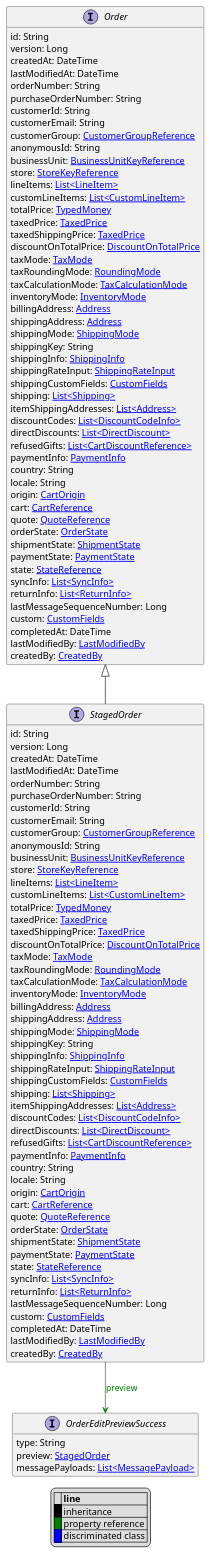
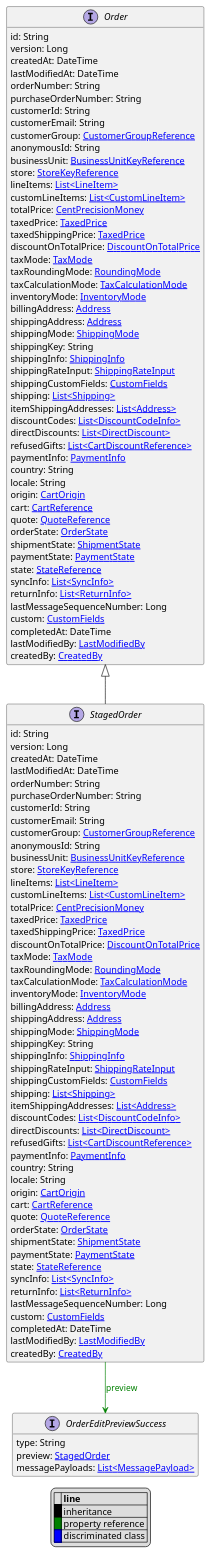
Before and after one commit to commercetools/commercetools-api-reference: the diagram in uml/api/StagedOrder.puml, drawn with PlantUML. The commit also changed 2009 other files, not shown here.

```diff
--- a/uml/api/StagedOrder.puml
+++ b/uml/api/StagedOrder.puml
@@ -1,126 +1,126 @@
 @startuml
 
 hide empty fields
 hide empty methods
 legend
 |= |= line |
 |<back:black>   </back>| inheritance |
 |<back:green>   </back>| property reference |
 |<back:blue>   </back>| discriminated class |
 endlegend
 interface StagedOrder [[StagedOrder.svg]] extends Order {
     id: String
     version: Long
     createdAt: DateTime
     lastModifiedAt: DateTime
     orderNumber: String
     purchaseOrderNumber: String
     customerId: String
     customerEmail: String
     customerGroup: [[CustomerGroupReference.svg CustomerGroupReference]]
     anonymousId: String
     businessUnit: [[BusinessUnitKeyReference.svg BusinessUnitKeyReference]]
     store: [[StoreKeyReference.svg StoreKeyReference]]
     lineItems: [[LineItem.svg List<LineItem>]]
     customLineItems: [[CustomLineItem.svg List<CustomLineItem>]]
-    totalPrice: [[TypedMoney.svg TypedMoney]]
+    totalPrice: [[CentPrecisionMoney.svg CentPrecisionMoney]]
     taxedPrice: [[TaxedPrice.svg TaxedPrice]]
     taxedShippingPrice: [[TaxedPrice.svg TaxedPrice]]
     discountOnTotalPrice: [[DiscountOnTotalPrice.svg DiscountOnTotalPrice]]
     taxMode: [[TaxMode.svg TaxMode]]
     taxRoundingMode: [[RoundingMode.svg RoundingMode]]
     taxCalculationMode: [[TaxCalculationMode.svg TaxCalculationMode]]
     inventoryMode: [[InventoryMode.svg InventoryMode]]
     billingAddress: [[Address.svg Address]]
     shippingAddress: [[Address.svg Address]]
     shippingMode: [[ShippingMode.svg ShippingMode]]
     shippingKey: String
     shippingInfo: [[ShippingInfo.svg ShippingInfo]]
     shippingRateInput: [[ShippingRateInput.svg ShippingRateInput]]
     shippingCustomFields: [[CustomFields.svg CustomFields]]
     shipping: [[Shipping.svg List<Shipping>]]
     itemShippingAddresses: [[Address.svg List<Address>]]
     discountCodes: [[DiscountCodeInfo.svg List<DiscountCodeInfo>]]
     directDiscounts: [[DirectDiscount.svg List<DirectDiscount>]]
     refusedGifts: [[CartDiscountReference.svg List<CartDiscountReference>]]
     paymentInfo: [[PaymentInfo.svg PaymentInfo]]
     country: String
     locale: String
     origin: [[CartOrigin.svg CartOrigin]]
     cart: [[CartReference.svg CartReference]]
     quote: [[QuoteReference.svg QuoteReference]]
     orderState: [[OrderState.svg OrderState]]
     shipmentState: [[ShipmentState.svg ShipmentState]]
     paymentState: [[PaymentState.svg PaymentState]]
     state: [[StateReference.svg StateReference]]
     syncInfo: [[SyncInfo.svg List<SyncInfo>]]
     returnInfo: [[ReturnInfo.svg List<ReturnInfo>]]
     lastMessageSequenceNumber: Long
     custom: [[CustomFields.svg CustomFields]]
     completedAt: DateTime
     lastModifiedBy: [[LastModifiedBy.svg LastModifiedBy]]
     createdBy: [[CreatedBy.svg CreatedBy]]
 }
 interface Order [[Order.svg]]  {
     id: String
     version: Long
     createdAt: DateTime
     lastModifiedAt: DateTime
     orderNumber: String
     purchaseOrderNumber: String
     customerId: String
     customerEmail: String
     customerGroup: [[CustomerGroupReference.svg CustomerGroupReference]]
     anonymousId: String
     businessUnit: [[BusinessUnitKeyReference.svg BusinessUnitKeyReference]]
     store: [[StoreKeyReference.svg StoreKeyReference]]
     lineItems: [[LineItem.svg List<LineItem>]]
     customLineItems: [[CustomLineItem.svg List<CustomLineItem>]]
-    totalPrice: [[TypedMoney.svg TypedMoney]]
+    totalPrice: [[CentPrecisionMoney.svg CentPrecisionMoney]]
     taxedPrice: [[TaxedPrice.svg TaxedPrice]]
     taxedShippingPrice: [[TaxedPrice.svg TaxedPrice]]
     discountOnTotalPrice: [[DiscountOnTotalPrice.svg DiscountOnTotalPrice]]
     taxMode: [[TaxMode.svg TaxMode]]
     taxRoundingMode: [[RoundingMode.svg RoundingMode]]
     taxCalculationMode: [[TaxCalculationMode.svg TaxCalculationMode]]
     inventoryMode: [[InventoryMode.svg InventoryMode]]
     billingAddress: [[Address.svg Address]]
     shippingAddress: [[Address.svg Address]]
     shippingMode: [[ShippingMode.svg ShippingMode]]
     shippingKey: String
     shippingInfo: [[ShippingInfo.svg ShippingInfo]]
     shippingRateInput: [[ShippingRateInput.svg ShippingRateInput]]
     shippingCustomFields: [[CustomFields.svg CustomFields]]
     shipping: [[Shipping.svg List<Shipping>]]
     itemShippingAddresses: [[Address.svg List<Address>]]
     discountCodes: [[DiscountCodeInfo.svg List<DiscountCodeInfo>]]
     directDiscounts: [[DirectDiscount.svg List<DirectDiscount>]]
     refusedGifts: [[CartDiscountReference.svg List<CartDiscountReference>]]
     paymentInfo: [[PaymentInfo.svg PaymentInfo]]
     country: String
     locale: String
     origin: [[CartOrigin.svg CartOrigin]]
     cart: [[CartReference.svg CartReference]]
     quote: [[QuoteReference.svg QuoteReference]]
     orderState: [[OrderState.svg OrderState]]
     shipmentState: [[ShipmentState.svg ShipmentState]]
     paymentState: [[PaymentState.svg PaymentState]]
     state: [[StateReference.svg StateReference]]
     syncInfo: [[SyncInfo.svg List<SyncInfo>]]
     returnInfo: [[ReturnInfo.svg List<ReturnInfo>]]
     lastMessageSequenceNumber: Long
     custom: [[CustomFields.svg CustomFields]]
     completedAt: DateTime
     lastModifiedBy: [[LastModifiedBy.svg LastModifiedBy]]
     createdBy: [[CreatedBy.svg CreatedBy]]
 }
 
 
 interface OrderEditPreviewSuccess [[OrderEditPreviewSuccess.svg]]  {
     type: String
     preview: [[StagedOrder.svg StagedOrder]]
     messagePayloads: [[MessagePayload.svg List<MessagePayload>]]
 }
 
 StagedOrder --> OrderEditPreviewSuccess #green;text:green : "preview"
 @enduml
```
